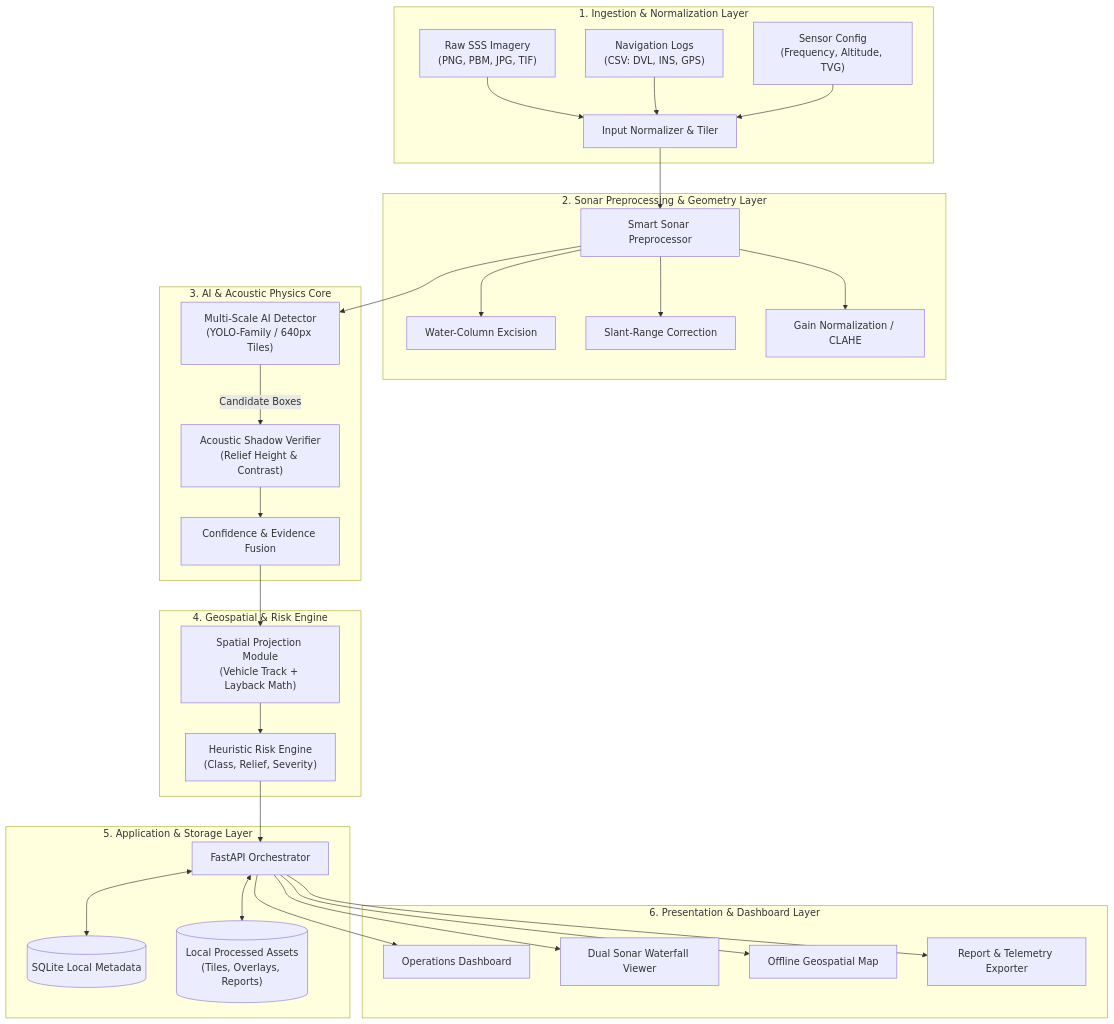
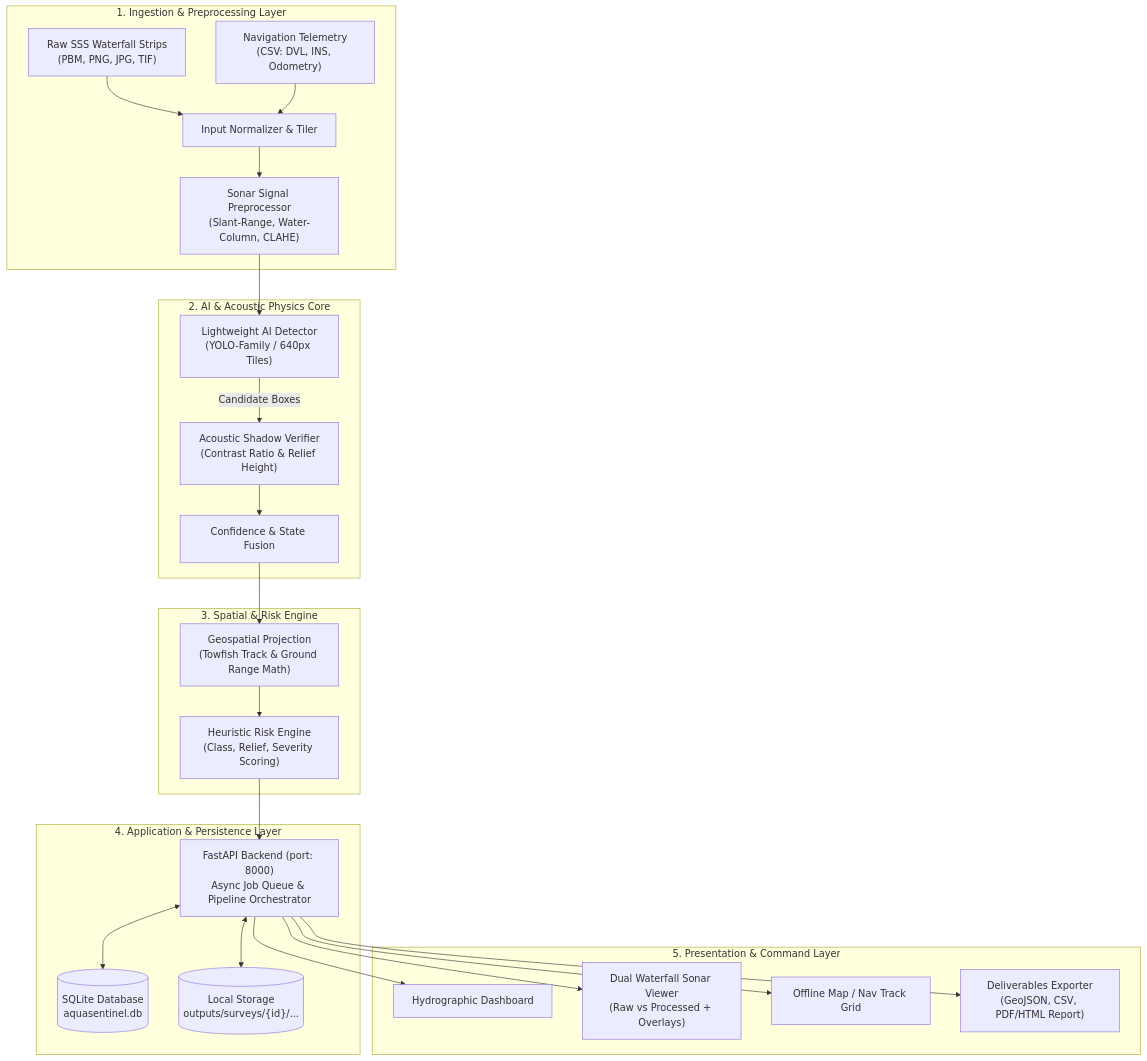
Before and after one commit to RaghavKacker/Aqua-Sentinel: the second of 11 diagrams in PROJECT_SPECIFICATION.md, drawn with Mermaid. The commit also changed other lines of this file, not shown here.

````diff
--- a/PROJECT_SPECIFICATION.md
+++ b/PROJECT_SPECIFICATION.md
@@ -281,52 +142,42 @@
 ```mermaid
 graph TD
-    subgraph Layer_1_Ingestion ["1. Ingestion & Normalization Layer"]
-        RAW_SSS["Raw SSS Imagery<br/>(PNG, PBM, JPG, TIF)"]
-        NAV_LOGS["Navigation Logs<br/>(CSV: DVL, INS, GPS)"]
-        CFG_META["Sensor Config<br/>(Frequency, Altitude, TVG)"]
+    subgraph S1_Ingest ["1. Ingestion & Preprocessing Layer"]
+        SSS_RAW["Raw SSS Waterfall Strips<br/>(PBM, PNG, JPG, TIF)"]
+        NAV_LOGS["Navigation Telemetry<br/>(CSV: DVL, INS, Odometry)"]
         NORM["Input Normalizer & Tiler"]
-        RAW_SSS & NAV_LOGS & CFG_META --> NORM
+        PREPROC["Sonar Signal Preprocessor<br/>(Slant-Range, Water-Column, CLAHE)"]
+        SSS_RAW & NAV_LOGS --> NORM --> PREPROC
     end
 
-    subgraph Layer_2_Processing ["2. Sonar Preprocessing & Geometry Layer"]
-        PREPROC["Smart Sonar Preprocessor"]
-        W_REM["Water-Column Excision"]
-        SLANT["Slant-Range Correction"]
-        GAIN["Gain Normalization / CLAHE"]
-        NORM --> PREPROC
-        PREPROC --> W_REM & SLANT & GAIN
+    subgraph S2_Core ["2. AI & Acoustic Physics Core"]
+        DETECTOR["Lightweight AI Detector<br/>(YOLO-Family / 640px Tiles)"]
+        VERIF["Acoustic Shadow Verifier<br/>(Contrast Ratio & Relief Height)"]
+        FUSION["Confidence & State Fusion"]
+        PREPROC --> DETECTOR
+        DETECTOR -->|Candidate Boxes| VERIF
+        VERIF --> FUSION
     end
 
-    subgraph Layer_3_AI_Physics ["3. AI & Acoustic Physics Core"]
-        DETECTOR["Multi-Scale AI Detector<br/>(YOLO-Family / 640px Tiles)"]
-        VERIFIER["Acoustic Shadow Verifier<br/>(Relief Height & Contrast)"]
-        FUSION["Confidence & Evidence Fusion"]
-        PREPROC --> DETECTOR
-        DETECTOR -->|Candidate Boxes| VERIFIER
-        VERIFIER --> FUSION
+    subgraph S3_GeoRisk ["3. Spatial & Risk Engine"]
+        GEO["Geospatial Projection<br/>(Towfish Track & Ground Range Math)"]
+        RISK["Heuristic Risk Engine<br/>(Class, Relief, Severity Scoring)"]
+        FUSION --> GEO --> RISK
     end
 
-    subgraph Layer_4_Spatial_Risk ["4. Geospatial & Risk Engine"]
-        GEO["Spatial Projection Module<br/>(Vehicle Track + Layback Math)"]
-        RISK["Heuristic Risk Engine<br/>(Class, Relief, Severity)"]
-        FUSION --> GEO
-        GEO --> RISK
-    end
-
-    subgraph Layer_5_Backend ["5. Application & Storage Layer"]
-        API["FastAPI Orchestrator"]
-        DB[(SQLite Local Metadata)]
-        STORAGE[("Local Processed Assets<br/>(Tiles, Overlays, Reports)")]
+    subgraph S4_Backend ["4. Application & Persistence Layer"]
+        API["FastAPI Backend (port: 8000)<br/>Async Job Queue & Pipeline Orchestrator"]
+        DB[("SQLite Database<br/>aquasentinel.db")]
+        STORAGE[("Local Storage<br/>outputs/surveys/{id}/...")]
         RISK --> API
         API <--> DB
         API <--> STORAGE
     end
 
-    subgraph Layer_6_UI ["6. Presentation & Dashboard Layer"]
-        DASH["Operations Dashboard"]
-        VIEWER["Dual Sonar Waterfall Viewer"]
-        MAP_VIEW["Offline Geospatial Map"]
-        EXPORT["Report & Telemetry Exporter"]
+    subgraph S5_Frontend ["5. Presentation & Command Layer"]
+        DASH["Hydrographic Dashboard"]
+        VIEWER["Dual Waterfall Sonar Viewer<br/>(Raw vs Processed + Overlays)"]
+        MAP_VIEW["Offline Map / Nav Track Grid"]
+        EXPORT["Deliverables Exporter<br/>(GeoJSON, CSV, PDF/HTML Report)"]
         API --> DASH & VIEWER & MAP_VIEW & EXPORT
     end
 ```
````
